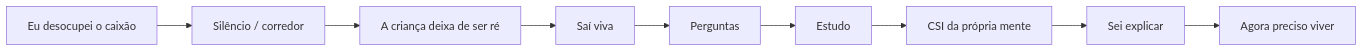
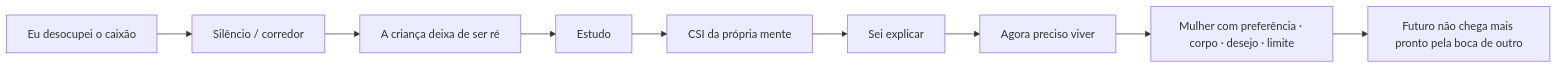
The second of 6 diagrams in 01_MORTE_EM_VIDA/MAPA_VISUAL_PARTE_IV_ATUAL.md (Sollimastudio/trilogia-sol-lima), drawn with Mermaid before and after one commit. The commit also changed other lines of this file, not shown here.

````diff
--- a/01_MORTE_EM_VIDA/MAPA_VISUAL_PARTE_IV_ATUAL.md
+++ b/01_MORTE_EM_VIDA/MAPA_VISUAL_PARTE_IV_ATUAL.md
@@ -19,11 +20,11 @@
 ```mermaid
 flowchart LR
 A[Eu desocupei o caixão] --> B[Silêncio / corredor]
 B --> C[A criança deixa de ser ré]
-C --> D[Saí viva]
-D --> E[Perguntas]
-E --> F[Estudo]
-F --> G[CSI da própria mente]
-G --> H[Sei explicar]
-H --> I[Agora preciso viver]
+C --> D[Estudo]
+D --> E[CSI da própria mente]
+E --> F[Sei explicar]
+F --> G[Agora preciso viver]
+G --> H[Mulher com preferência · corpo · desejo · limite]
+H --> I[Futuro não chega mais pronto pela boca de outro]
 ```
````
